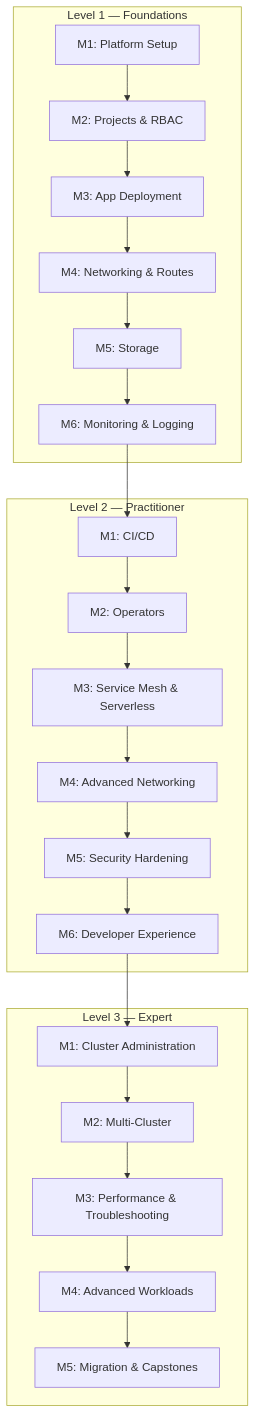
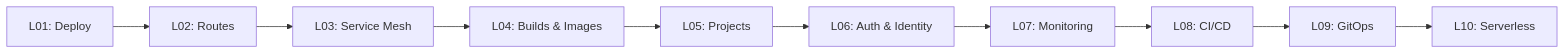
Before and after one commit to lukaskellerstein/openshift-tutorial: the diagram in README.md, drawn with Mermaid. The commit also changed other lines of this file and 896 other files, not shown here.

````diff
--- a/README.md
+++ b/README.md
@@ -22,34 +21,12 @@
 ```mermaid
-graph TD
-    subgraph "Level 1 — Foundations"
-        M1_1[M1: Platform Setup]
-        M2_1[M2: Projects & RBAC]
-        M3_1[M3: App Deployment]
-        M4_1[M4: Networking & Routes]
-        M5_1[M5: Storage]
-        M6_1[M6: Monitoring & Logging]
-    end
-
-    subgraph "Level 2 — Practitioner"
-        M1_2[M1: CI/CD]
-        M2_2[M2: Operators]
-        M3_2[M3: Service Mesh & Serverless]
-        M4_2[M4: Advanced Networking]
-        M5_2[M5: Security Hardening]
-        M6_2[M6: Developer Experience]
-    end
-
-    subgraph "Level 3 — Expert"
-        M1_3[M1: Cluster Administration]
-        M2_3[M2: Multi-Cluster]
-        M3_3[M3: Performance & Troubleshooting]
-        M4_3[M4: Advanced Workloads]
-        M5_3[M5: Migration & Capstones]
-    end
-
-    M1_1 --> M2_1 --> M3_1 --> M4_1 --> M5_1 --> M6_1
-    M6_1 --> M1_2
-    M1_2 --> M2_2 --> M3_2 --> M4_2 --> M5_2 --> M6_2
-    M6_2 --> M1_3
-    M1_3 --> M2_3 --> M3_3 --> M4_3 --> M5_3
+graph LR
+    L01[L01: Deploy] --> L02[L02: Routes]
+    L02 --> L03[L03: Service Mesh]
+    L03 --> L04[L04: Builds & Images]
+    L04 --> L05[L05: Projects]
+    L05 --> L06[L06: Auth & Identity]
+    L06 --> L07[L07: Monitoring]
+    L07 --> L08[L08: CI/CD]
+    L08 --> L09[L09: GitOps]
+    L09 --> L10[L10: Serverless]
 ```
````
